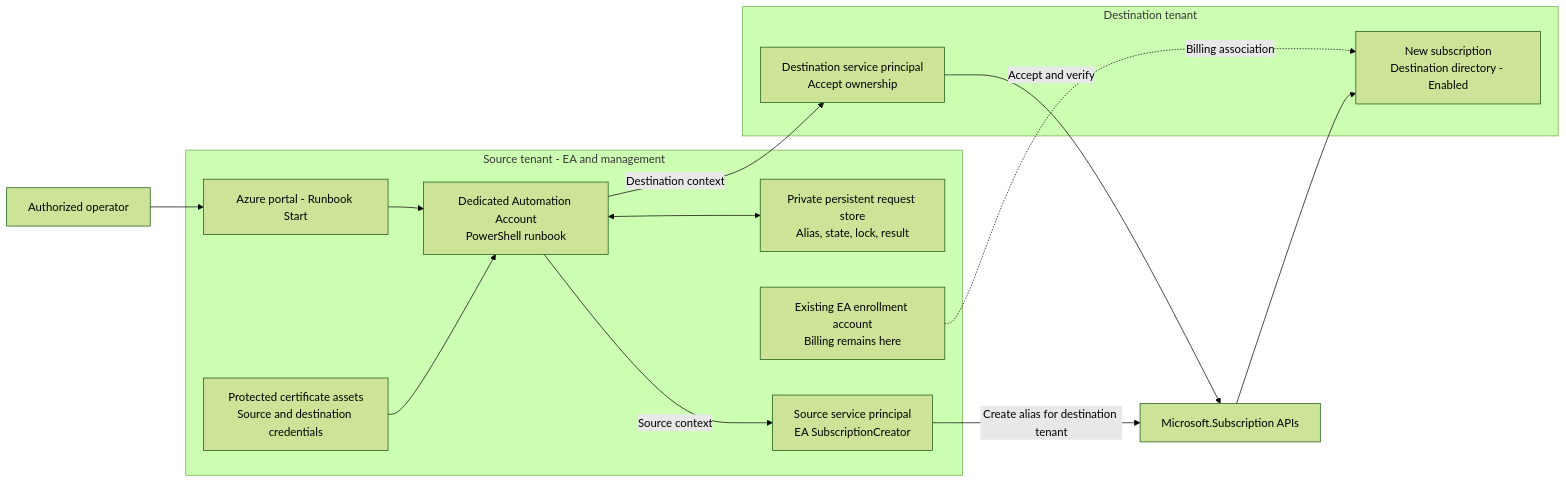
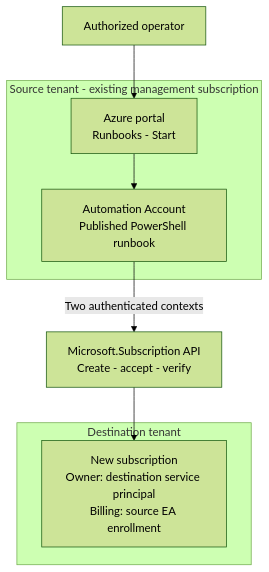
The diagram in README.md (faustinopalma/ea-cross-tenant-subscription-automation), drawn with Mermaid (forest theme) before and after one commit. The commit also changed other lines of this file and 11 other files, not shown here.

````diff
--- a/README.md
+++ b/README.md
@@ -9,26 +9,16 @@
 ```mermaid
-flowchart LR
+flowchart TB
     Operator[Authorized operator]
-    subgraph Source[Source tenant - EA and management]
-        Portal[Azure portal - Runbook Start]
-        Automation[Dedicated Automation Account\nPowerShell runbook]
-        Credentials[Protected certificate assets\nSource and destination credentials]
-        State[Private persistent request store\nAlias, state, lock, result]
-        SourceSP[Source service principal\nEA SubscriptionCreator]
-        EA[Existing EA enrollment account\nBilling remains here]
+    subgraph Source[Source tenant - existing management subscription]
+        Portal[Azure portal<br/>Runbooks - Start]
+        Automation[Automation Account<br/>Published PowerShell runbook]
+        Portal --> Automation
     end
-    ARM[Microsoft.Subscription APIs]
+    ARM[Microsoft.Subscription API<br/>Create - accept - verify]
     subgraph Destination[Destination tenant]
-        TargetSP[Destination service principal\nAccept ownership]
-        Subscription[New subscription\nDestination directory - Enabled]
+        Subscription[New subscription<br/>Owner: destination service principal<br/>Billing: source EA enrollment]
     end
-    Operator --> Portal --> Automation
-    Credentials --> Automation
-    Automation <--> State
-    Automation -->|Source context| SourceSP
-    SourceSP -->|Create alias for destination tenant| ARM
-    EA -.->|Billing association| Subscription
-    Automation -->|Destination context| TargetSP
-    TargetSP -->|Accept and verify| ARM
+    Operator --> Portal
+    Automation -->|Two authenticated contexts| ARM
     ARM --> Subscription
 ```
````
